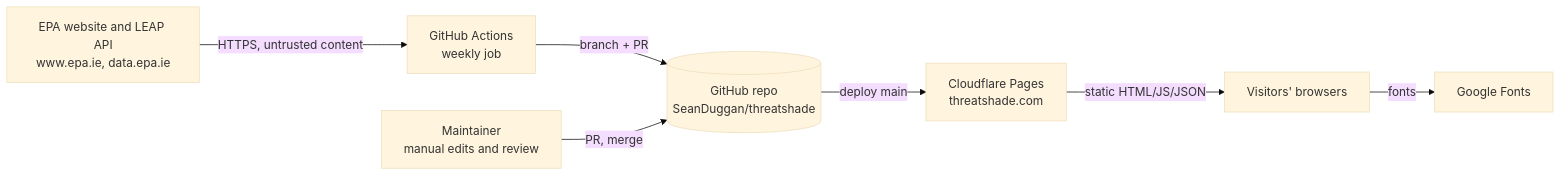
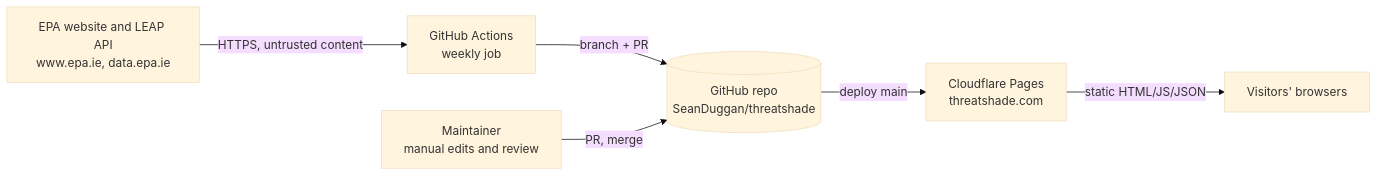
Before and after one commit to SeanDuggan/threatshade: the diagram in docs/THREAT_MODEL.md, drawn with Mermaid (base theme). The commit also changed other lines of this file and 17 other files, not shown here.

````diff
--- a/docs/THREAT_MODEL.md
+++ b/docs/THREAT_MODEL.md
@@ -31,9 +31,8 @@
 ```mermaid
 flowchart LR
   EPA[EPA website and LEAP API\nwww.epa.ie, data.epa.ie] -- HTTPS, untrusted content --> GHA[GitHub Actions\nweekly job]
   GHA -- branch + PR --> GH[(GitHub repo\nSeanDuggan/threatshade)]
   Dev[Maintainer\nmanual edits and review] -- PR, merge --> GH
   GH -- deploy main --> CF[Cloudflare Pages\nthreatshade.com]
   CF -- static HTML/JS/JSON --> V[Visitors' browsers]
-  V -- fonts --> GF[Google Fonts]
 ```
````
